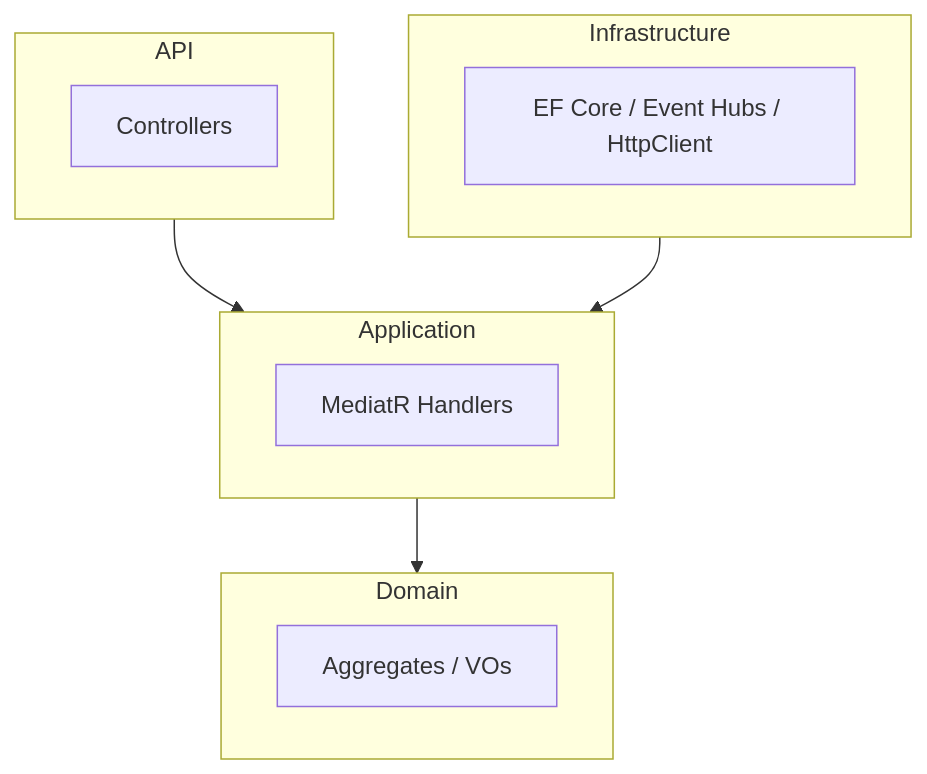
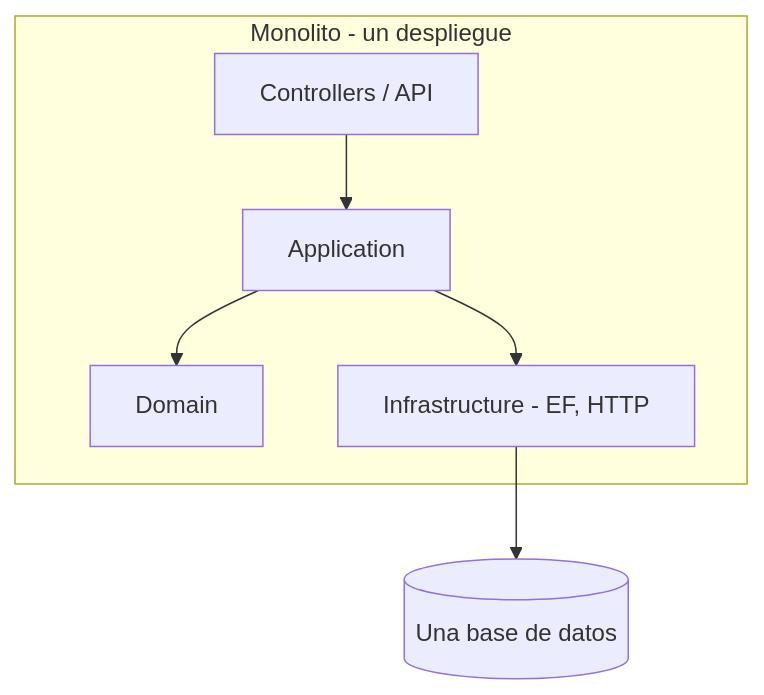
Before and after one commit to winbugsmx/ShopDemo: the second of 15 diagrams in docs/teoria-entrevistas/02-arquitecturas-software.md, drawn with Mermaid. The commit also changed other lines of this file and 114 other files, not shown here.

````diff
--- a/docs/teoria-entrevistas/02-arquitecturas-software.md
+++ b/docs/teoria-entrevistas/02-arquitecturas-software.md
@@ -19,17 +93,12 @@
 ```mermaid
 flowchart TB
-  subgraph API["API"]
-    CTRL[Controllers]
+  subgraph MONO["Monolito - un despliegue"]
+    WEB[Controllers / API]
+    APP[Application]
+    DOM[Domain]
+    INF[Infrastructure - EF, HTTP]
   end
-  subgraph APP["Application"]
-    CMD[MediatR Handlers]
-  end
-  subgraph DOM["Domain"]
-    AGG[Aggregates / VOs]
-  end
-  subgraph INF["Infrastructure"]
-    EF[EF Core / Event Hubs / HttpClient]
-  end
-  API --> APP --> DOM
-  INF --> APP
+  WEB --> APP --> DOM
+  APP --> INF
+  INF --> DB[(Una base de datos)]
 ```
````
